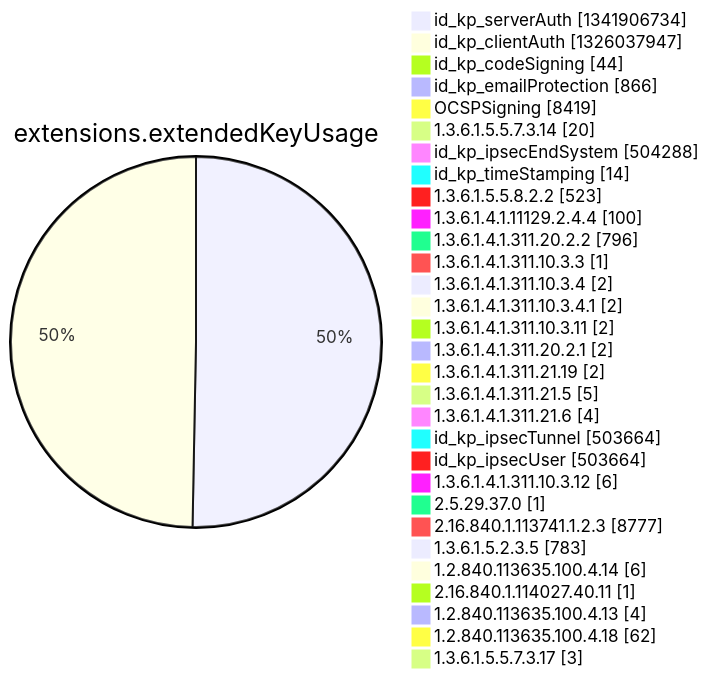
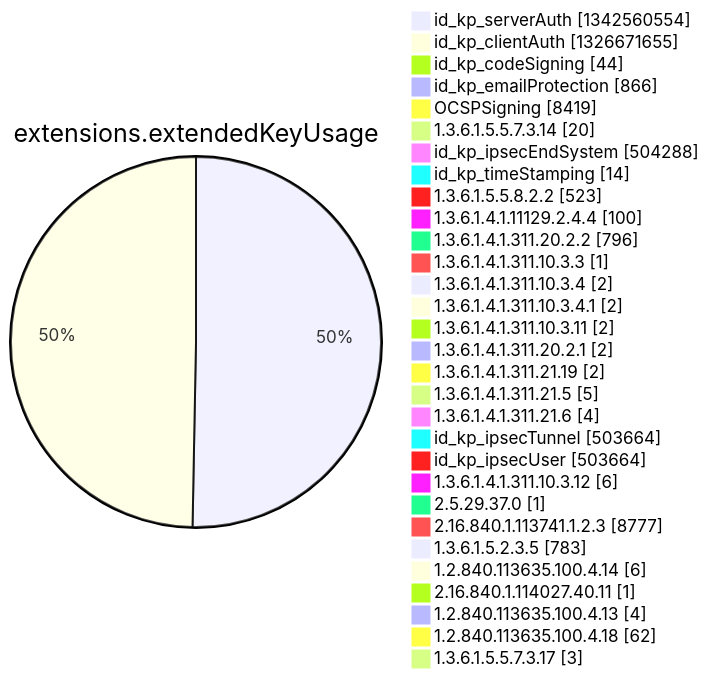
One commit to christiankrug/ctmonitor_visualization changed diagram 12 of 15 in argon2022/README.md. Above: the diagram before and after it, drawn with Mermaid. The commit also changed other lines of this file, not shown here.

````diff
--- a/argon2022/README.md
+++ b/argon2022/README.md
@@ -3553,34 +3553,34 @@
 ```mermaid
 pie showData
 title extensions.extendedKeyUsage
-"id_kp_serverAuth" :1341906734
-"id_kp_clientAuth" :1326037947
+"id_kp_serverAuth" :1342560554
+"id_kp_clientAuth" :1326671655
 "id_kp_codeSigning" :44
 "id_kp_emailProtection" :866
 "OCSPSigning" :8419
 "1.3.6.1.5.5.7.3.14" :20
 "id_kp_ipsecEndSystem" :504288
 "id_kp_timeStamping" :14
 "1.3.6.1.5.5.8.2.2" :523
 "1.3.6.1.4.1.11129.2.4.4" :100
 "1.3.6.1.4.1.311.20.2.2" :796
 "1.3.6.1.4.1.311.10.3.3" :1
 "1.3.6.1.4.1.311.10.3.4" :2
 "1.3.6.1.4.1.311.10.3.4.1" :2
 "1.3.6.1.4.1.311.10.3.11" :2
 "1.3.6.1.4.1.311.20.2.1" :2
 "1.3.6.1.4.1.311.21.19" :2
 "1.3.6.1.4.1.311.21.5" :5
 "1.3.6.1.4.1.311.21.6" :4
 "id_kp_ipsecTunnel" :503664
 "id_kp_ipsecUser" :503664
 "1.3.6.1.4.1.311.10.3.12" :6
 "2.5.29.37.0" :1
 "2.16.840.1.113741.1.2.3" :8777
 "1.3.6.1.5.2.3.5" :783
 "1.2.840.113635.100.4.14" :6
 "2.16.840.1.114027.40.11" :1
 "1.2.840.113635.100.4.13" :4
 "1.2.840.113635.100.4.18" :62
 "1.3.6.1.5.5.7.3.17" :3
 ```
````
